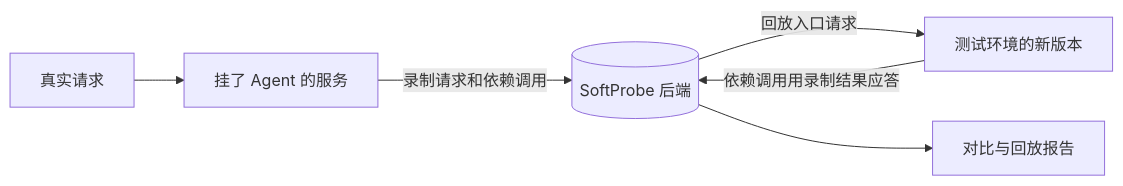
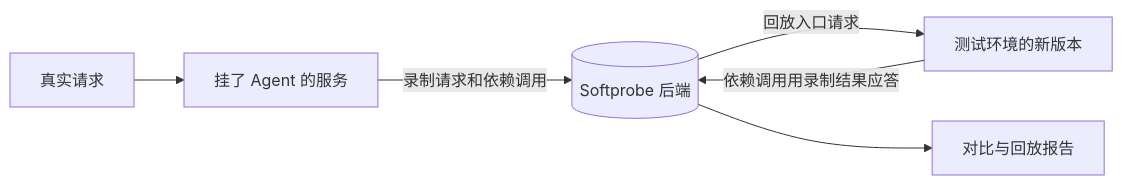
One commit to softprobe/document-website changed the diagram in zh/testing/index.md. Above: the diagram before and after it, drawn with Mermaid. The commit also changed other lines of this file and 69 other files, not shown here.

````diff
--- a/zh/testing/index.md
+++ b/zh/testing/index.md
@@ -19,8 +19,8 @@
 ```mermaid
 flowchart LR
   A[真实请求] --> B[挂了 Agent 的服务]
-  B -->|录制请求和依赖调用| C[(SoftProbe 后端)]
+  B -->|录制请求和依赖调用| C[(Softprobe 后端)]
   C -->|回放入口请求| D[测试环境的新版本]
   D -->|依赖调用用录制结果应答| C
   C --> E[对比与回放报告]
 ```
````
